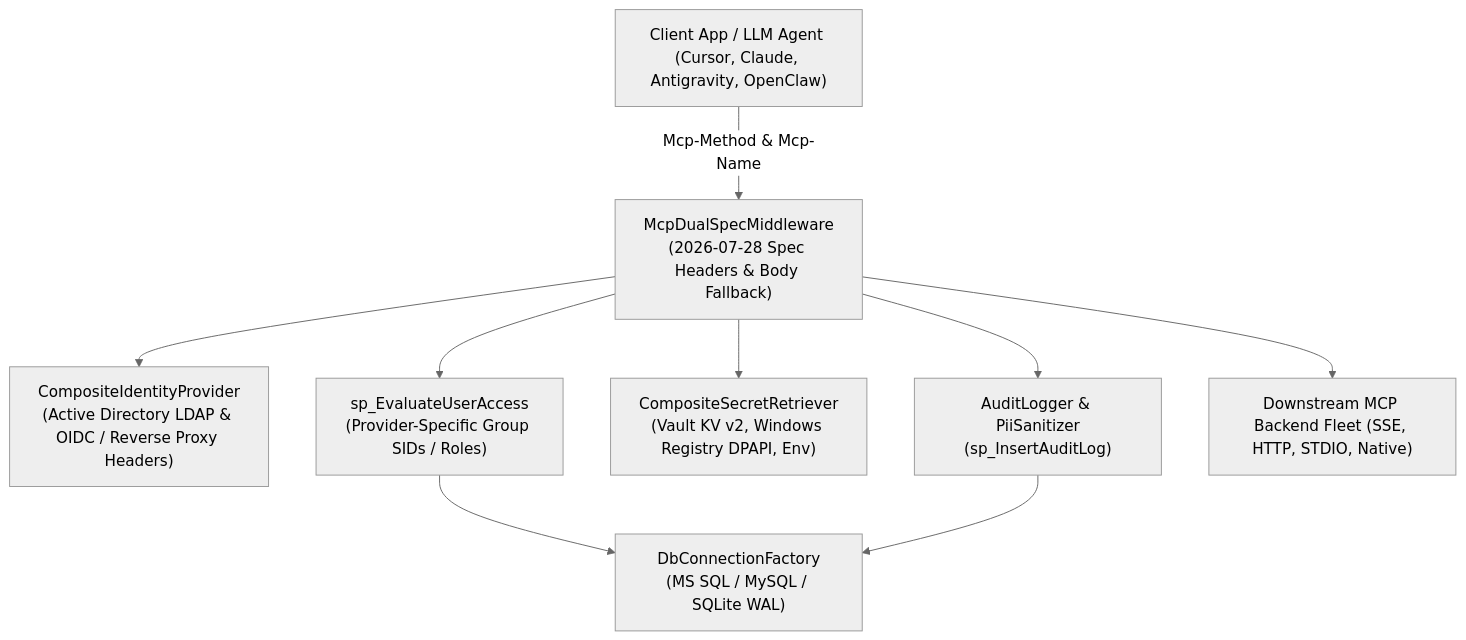
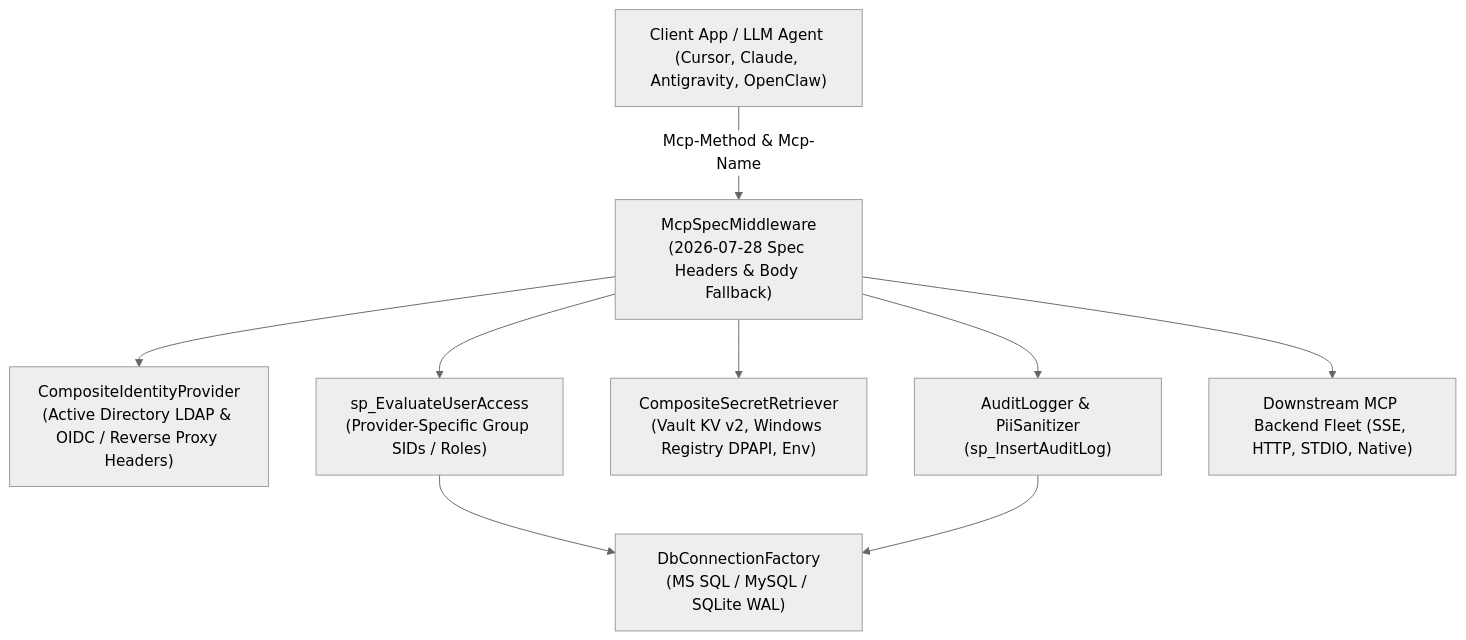
One commit to spelech/CSharp-MCP-Router changed the first of 5 diagrams in ARCHITECTURE.md. Above: the diagram before and after it, drawn with Mermaid (neutral theme). The commit also changed other lines of this file and 8 other files, not shown here.

Commit message:
docs(mcp): update architecture guides, changelog, requirements catalog, and bump version to v5.5.0

````diff
--- a/ARCHITECTURE.md
+++ b/ARCHITECTURE.md
@@ -32,20 +32,20 @@
 ```mermaid
 graph TD
     Client["Client App / LLM Agent (Cursor, Claude, Antigravity, OpenClaw)"]
-    Middleware["McpDualSpecMiddleware<br>(2026-07-28 Spec Headers & Body Fallback)"]
+    Middleware["McpSpecMiddleware<br>(2026-07-28 Spec Headers & Body Fallback)"]
     Identity["CompositeIdentityProvider<br>(Active Directory LDAP & OIDC / Reverse Proxy Headers)"]
     AuthEvaluator["sp_EvaluateUserAccess<br>(Provider-Specific Group SIDs / Roles)"]
     Secrets["CompositeSecretRetriever<br>(Vault KV v2, Windows Registry DPAPI, Env)"]
     Audit["AuditLogger & PiiSanitizer<br>(sp_InsertAuditLog)"]
     DbFactory["DbConnectionFactory<br>(MS SQL / MySQL / SQLite WAL)"]
     Downstream["Downstream MCP Backend Fleet (SSE, HTTP, STDIO, Native)"]
 
     Client -->|Mcp-Method & Mcp-Name| Middleware
     Middleware --> Identity
     Middleware --> AuthEvaluator
     AuthEvaluator --> DbFactory
     Middleware --> Secrets
     Middleware --> Downstream
     Middleware --> Audit
     Audit --> DbFactory
 ```
````
